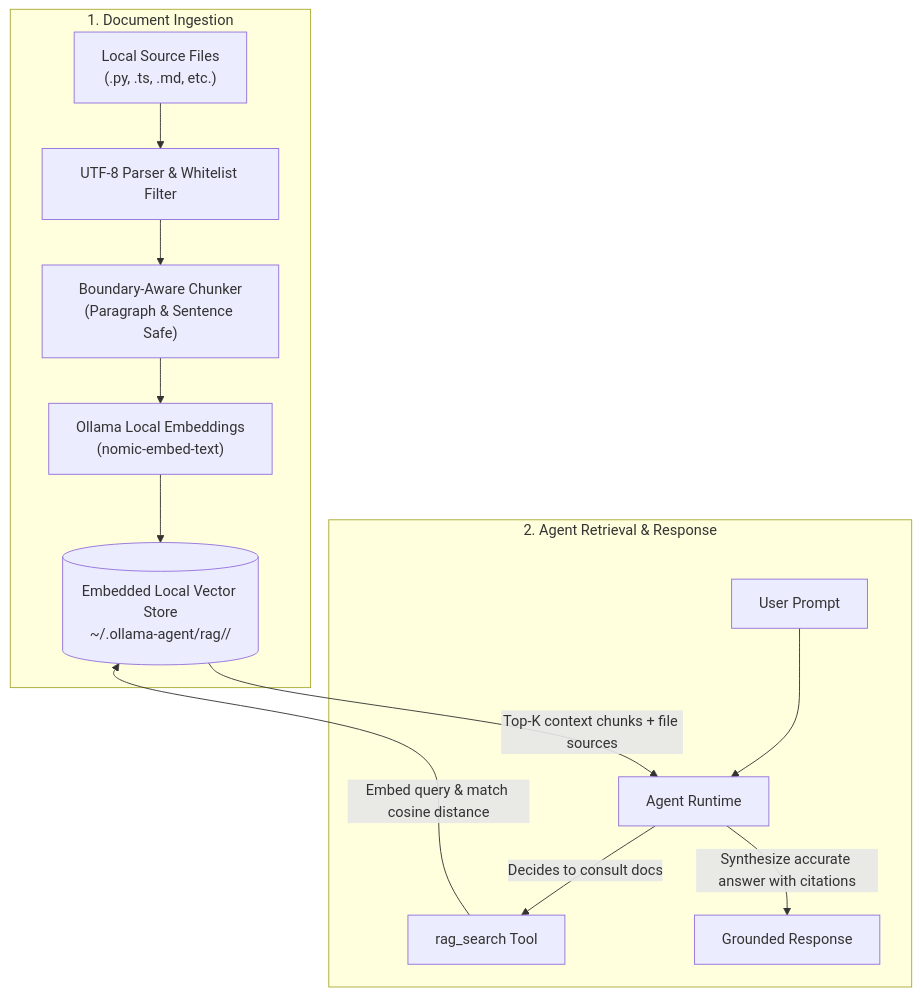
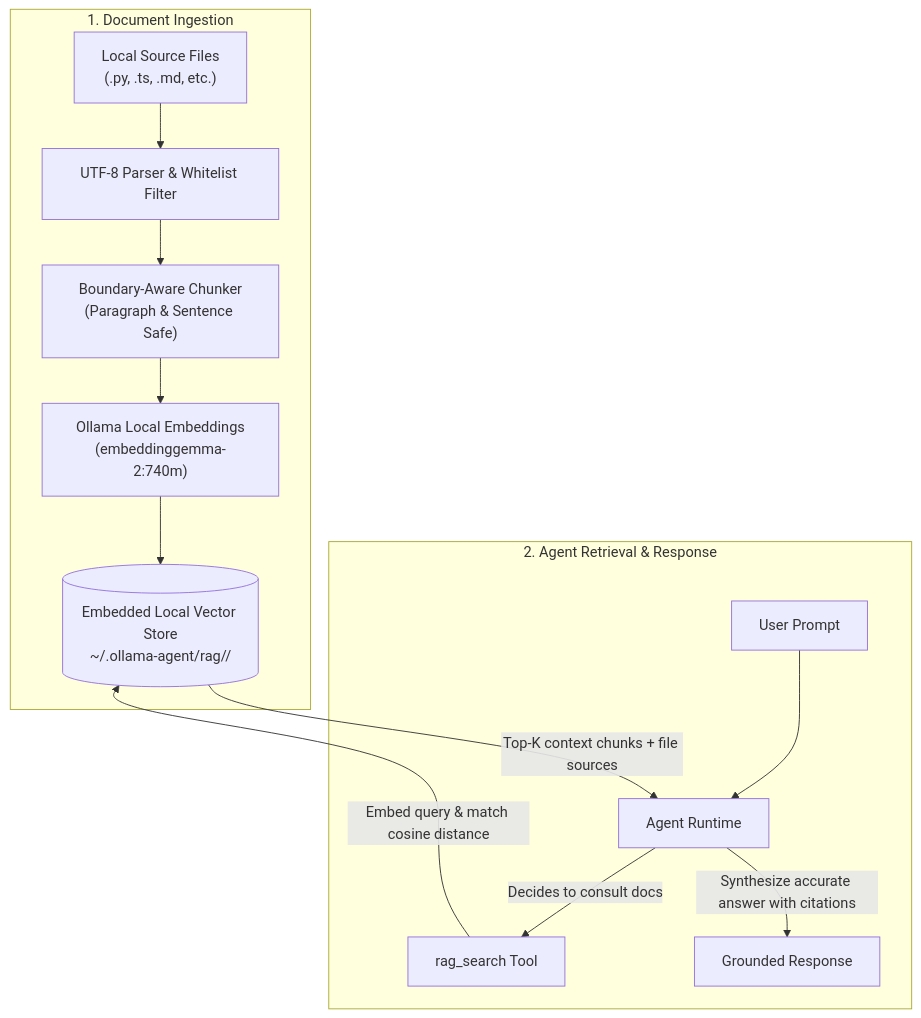
Before and after one commit to arrase/ollama-agent: the diagram in docs/rag.md, drawn with Mermaid. The commit also changed other lines of this file and 5 other files, not shown here.

````diff
--- a/docs/rag.md
+++ b/docs/rag.md
@@ -66,17 +66,17 @@
 ```mermaid
 flowchart TD
     subgraph Ingestion ["1. Document Ingestion"]
         Files["Local Source Files\n(.py, .ts, .md, etc.)"] --> Reader["UTF-8 Parser & Whitelist Filter"]
         Reader --> Chunker["Boundary-Aware Chunker\n(Paragraph & Sentence Safe)"]
-        Chunker --> Embedder["Ollama Local Embeddings\n(nomic-embed-text)"]
+        Chunker --> Embedder["Ollama Local Embeddings\n(embeddinggemma-2:740m)"]
         Embedder --> VectorDB[("Embedded Local Vector Store\n~/.ollama-agent/rag/<db>/")]
     end
 
     subgraph Retrieval ["2. Agent Retrieval & Response"]
         User["User Prompt"] --> Agent["Agent Runtime"]
         Agent -->|"Decides to consult docs"| Search["rag_search Tool"]
         Search -->|"Embed query & match cosine distance"| VectorDB
         VectorDB -->|"Top-K context chunks + file sources"| Agent
         Agent -->|"Synthesize accurate answer with citations"| Answer["Grounded Response"]
     end
 ```
````
